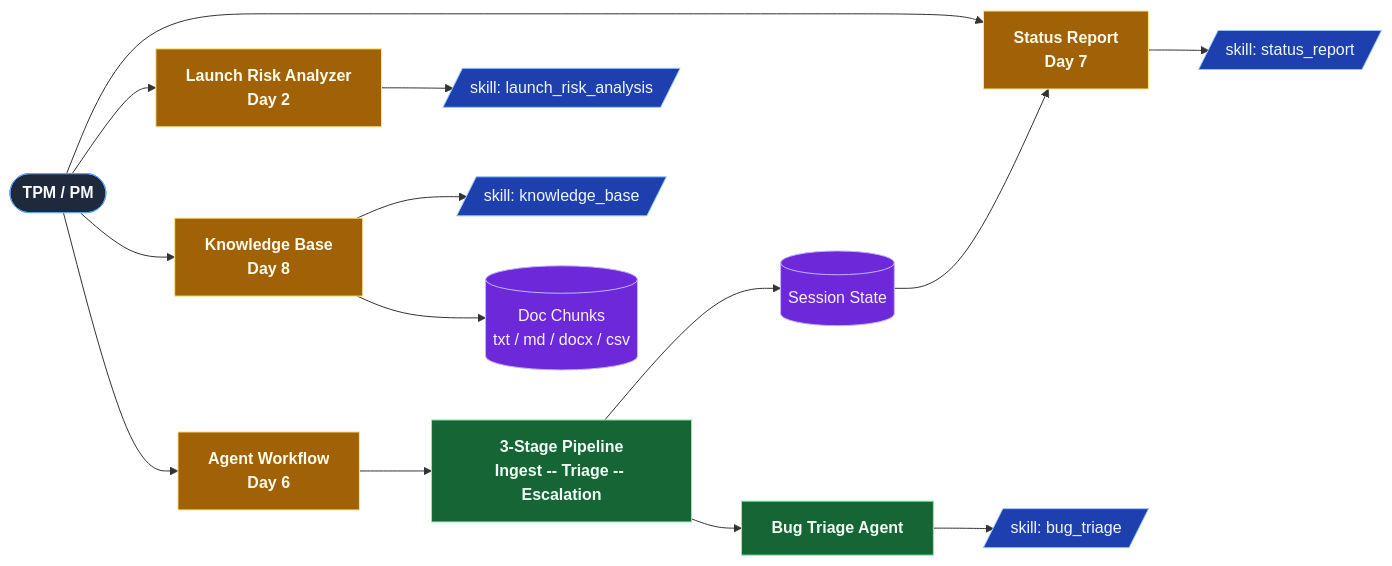
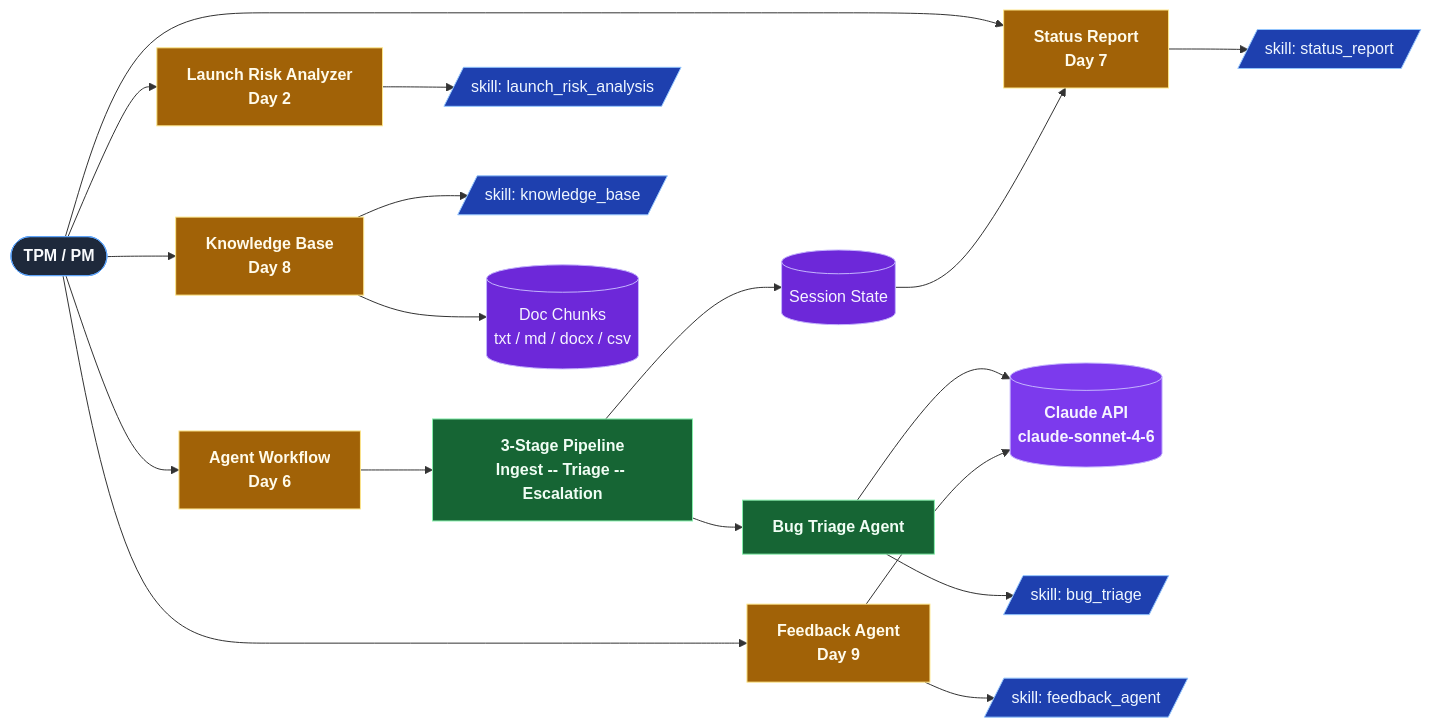
The second of 2 diagrams in README.md (shwsingh/pm-tpm-ai-tools), drawn with Mermaid before and after one commit. The commit also changed other lines of this file and 5 other files, not shown here.

First line of the commit message:
Day 9 - Feedback Agent + Claude-powered bug triage

````diff
--- a/README.md
+++ b/README.md
@@ -100,41 +101,49 @@
 ```mermaid
 flowchart LR
     User(["TPM / PM"]):::user
 
     LRA["Launch Risk Analyzer<br/>Day 2"]:::ui
     WF["Agent Workflow<br/>Day 6"]:::ui
     SR["Status Report<br/>Day 7"]:::ui
     KB["Knowledge Base<br/>Day 8"]:::ui
+    FA["Feedback Agent<br/>Day 9"]:::ui
 
     PIPE["3-Stage Pipeline<br/>Ingest -- Triage -- Escalation"]:::agent
     BTA["Bug Triage Agent"]:::agent
+    CLAUDE[("Claude API<br/>claude-sonnet-4-6")]:::llm
 
     S_LR[/"skill: launch_risk_analysis"/]:::skill
     S_BUG[/"skill: bug_triage"/]:::skill
     S_SR[/"skill: status_report"/]:::skill
     S_KB[/"skill: knowledge_base"/]:::skill
+    S_FA[/"skill: feedback_agent"/]:::skill
 
     SS[("Session State")]:::store
     CHUNKS[("Doc Chunks<br/>txt / md / docx / csv")]:::store
 
     User --> LRA
     User --> WF
     User --> SR
     User --> KB
+    User --> FA
 
     LRA --> S_LR
     WF --> PIPE
     PIPE --> BTA
     BTA --> S_BUG
+    BTA --> CLAUDE
     PIPE --> SS
     SS --> SR
     SR --> S_SR
     KB --> CHUNKS
     KB --> S_KB
+    FA --> S_FA
+    FA --> CLAUDE
 
     classDef user fill:#1e293b,stroke:#60a5fa,color:#f8fafc,font-weight:bold
     classDef ui fill:#a16207,stroke:#fde68a,color:#fffbeb,font-weight:bold
     classDef agent fill:#166534,stroke:#86efac,color:#f0fdf4,font-weight:bold
     classDef skill fill:#1e40af,stroke:#93c5fd,color:#eff6ff
     classDef store fill:#6d28d9,stroke:#c4b5fd,color:#f5f3ff
+    classDef llm fill:#7c3aed,stroke:#c4b5fd,color:#f5f3ff,font-weight:bold
 ```
````
